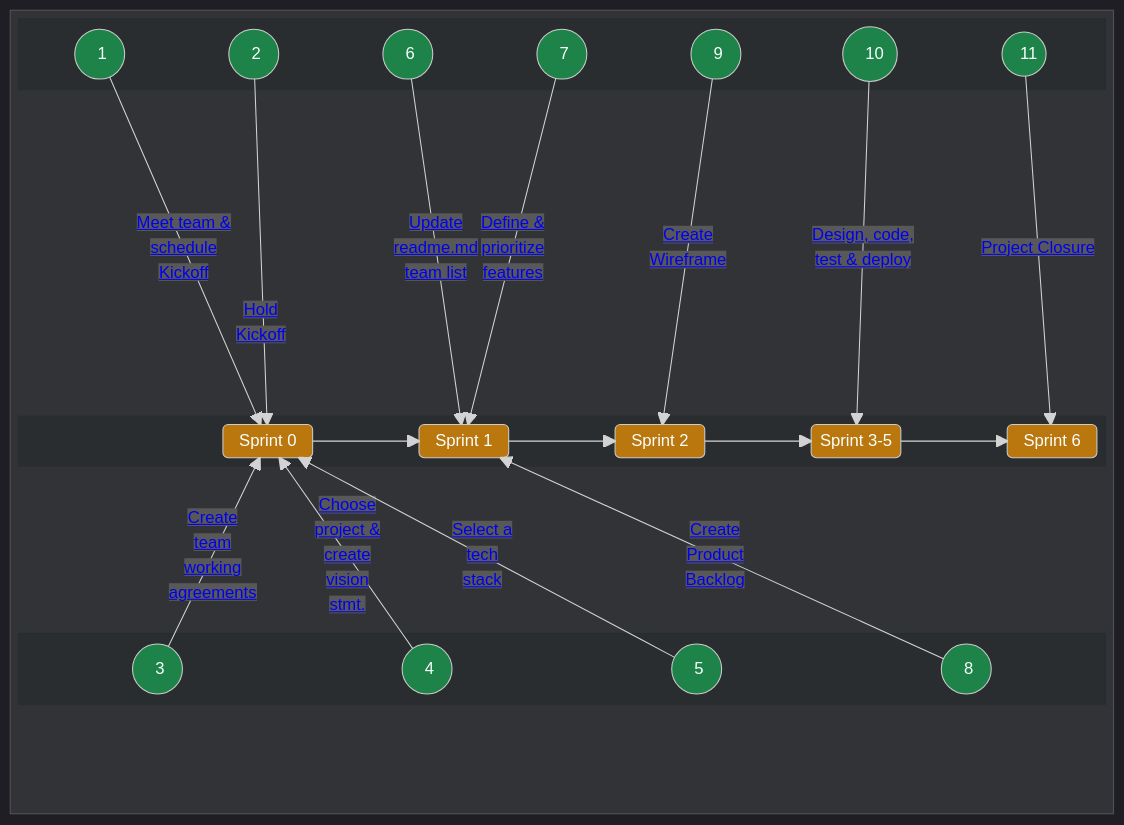
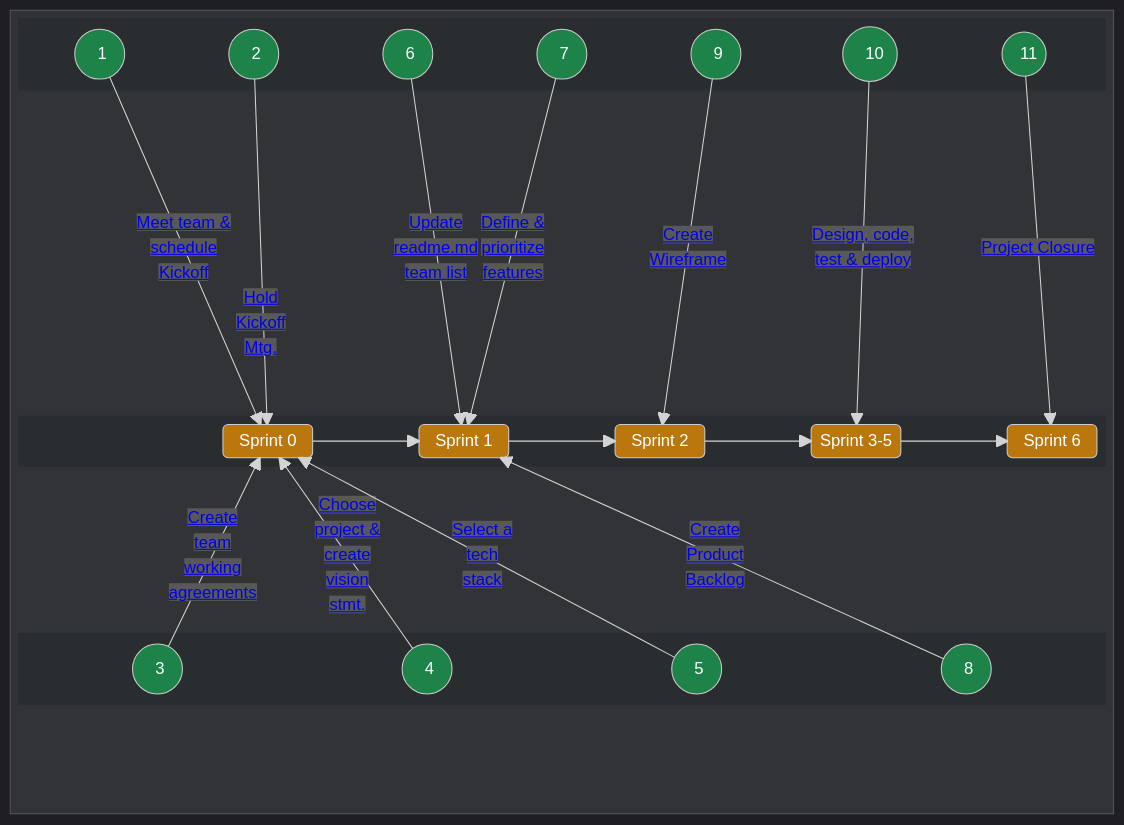
One commit to chingu-voyages/Handbook changed the first of 2 diagrams in docs/guides/voyage/voyage.md. Above: the diagram before and after it, drawn with Mermaid.

Commit message:
Feature: Update sprint diagram task ordering

```diff
--- a/docs/guides/voyage/voyage.md
+++ b/docs/guides/voyage/voyage.md
@@ -109,7 +109,7 @@
       space
 
       A1 -- "<a href="https://github.com/chingu-voyages/Handbook/blob/main/docs/guides/voyage/voyage.md#1-meet-your-team--schedule-kickoff-meeting-">Meet team &</br>schedule</br>Kickoff</a>" --> SPRINT0
-      A2 -- "</br></br></br></br></br></br><a href="https://github.com/chingu-voyages/Handbook/blob/main/docs/guides/voyage/voyage.md#2-conduct-kickoff-meeting-">Hold</br>Kickoff</a>" --> SPRINT0
+      A2 -- "</br></br></br></br></br></br><a href="https://github.com/chingu-voyages/Handbook/blob/main/docs/guides/voyage/voyage.md#2-conduct-kickoff-meeting-">Hold</br>Kickoff</br>Mtg.</a>" --> SPRINT0
       A3 -- "<a href="https://github.com/chingu-voyages/Handbook/blob/main/docs/guides/voyage/voyage.md#3-setup-your-teams-working-agreements-">Create</br>team</br>working</br>agreements</a>" --> SPRINT0
       A4 -- "<a href="https://github.com/chingu-voyages/Handbook/blob/main/docs/guides/voyage/voyage.md#4-choose-a-project--create-a-vision-statement-">Choose</br>project &</br>create</br>vision</br>stmt.</a>" --> SPRINT0
       A5 -- "<a href="https://github.com/chingu-voyages/Handbook/blob/main/docs/guides/voyage/voyage.md#5-select-a-tech-stack">Select a</br>tech</br>stack</a>" --> SPRINT0
```
